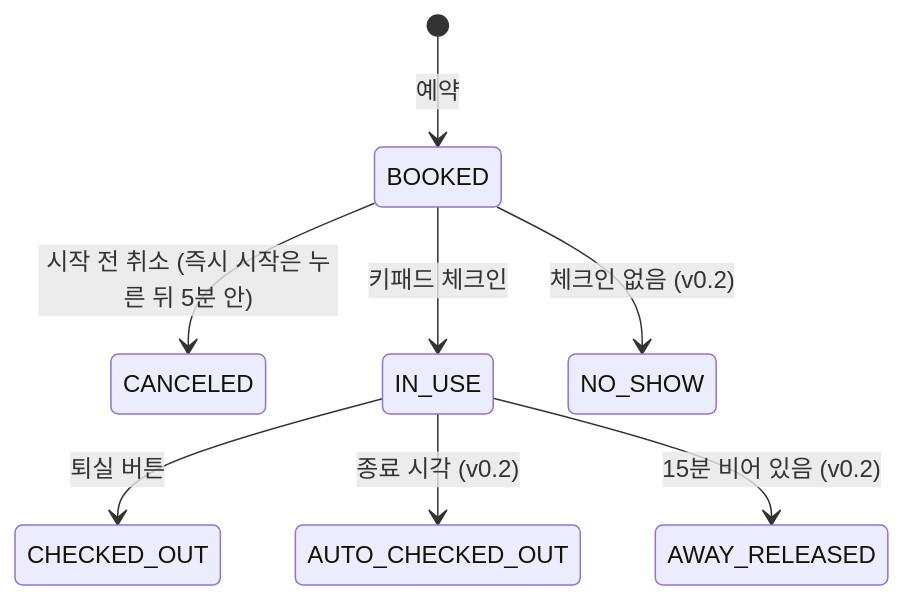
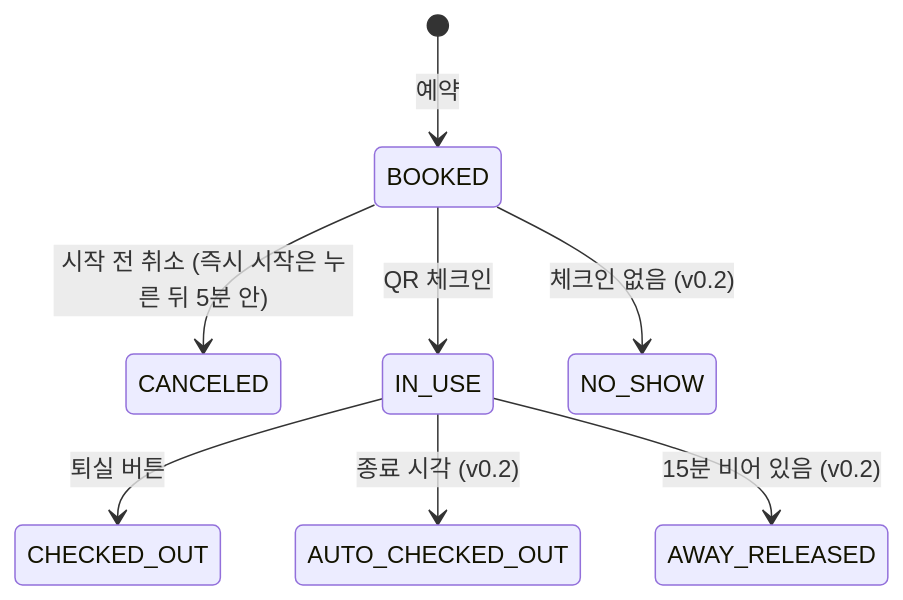
Before and after one commit to AI-go-do/docs: the second of 2 diagrams in requirements/requirements.md, drawn with Mermaid. The commit also changed other lines of this file and 8 other files, not shown here.

````diff
--- a/requirements/requirements.md
+++ b/requirements/requirements.md
@@ -203,10 +203,10 @@
 ```mermaid
 stateDiagram-v2
     [*] --> BOOKED: 예약
     BOOKED --> CANCELED: 시작 전 취소 (즉시 시작은 누른 뒤 5분 안)
-    BOOKED --> IN_USE: 키패드 체크인
+    BOOKED --> IN_USE: QR 체크인
     BOOKED --> NO_SHOW: 체크인 없음 (v0.2)
     IN_USE --> CHECKED_OUT: 퇴실 버튼
     IN_USE --> AUTO_CHECKED_OUT: 종료 시각 (v0.2)
     IN_USE --> AWAY_RELEASED: 15분 비어 있음 (v0.2)
 ```
````
